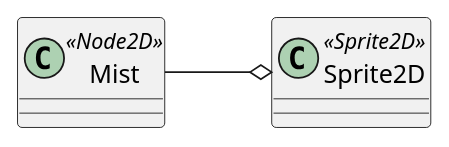
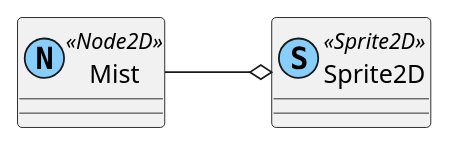
The diagram in content/scenes/src/world/mist/mist.tscn.adoc (tkmfujise/Platformer-Game-Learning), drawn with PlantUML before and after one commit. The commit also changed 69 other files, not shown here.

Commit message:
Change scene diagram class color

```diff
--- a/content/scenes/src/world/mist/mist.tscn.adoc
+++ b/content/scenes/src/world/mist/mist.tscn.adoc
@@ -9,10 +9,10 @@
 [plantuml]
 ....
-class ROOT as "Mist" <<Node2D>> {
+class ROOT as "Mist" <<(N,lightskyblue) Node2D>> {
 }
-class Sprite2D as "Sprite2D" <<Sprite2D>> {
+class Sprite2D as "Sprite2D" <<(S,lightskyblue) Sprite2D>> {
 }
 ROOT --o Sprite2D
 left to right direction
 
 ....
```
